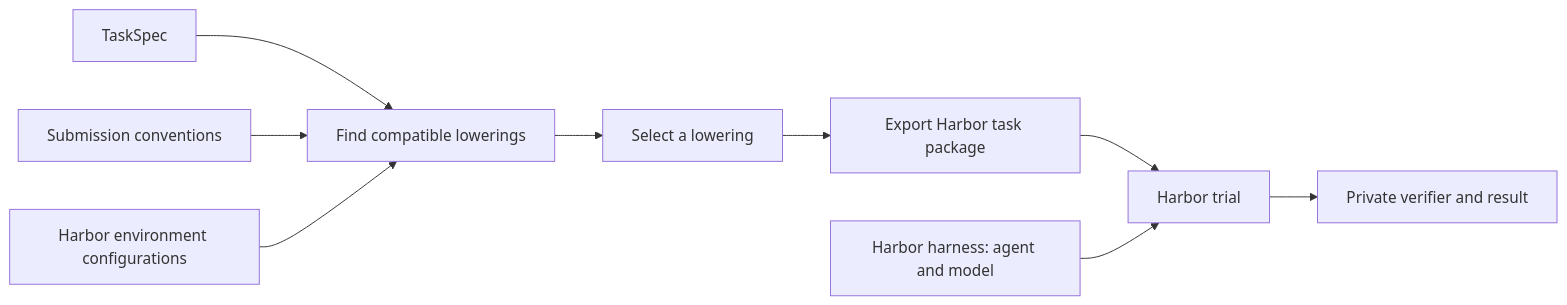
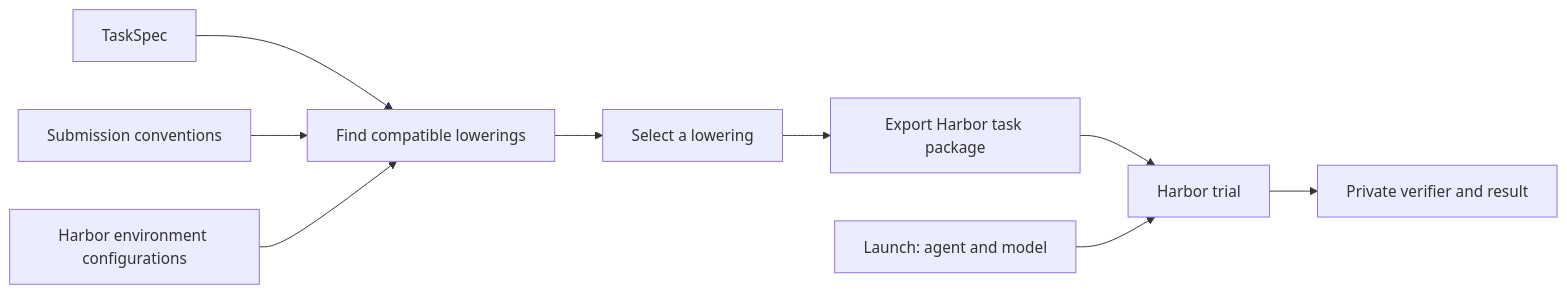
One commit to marin-community/marin changed the diagram in lib/taskcompendium/README.md. Above: the diagram before and after it, drawn with Mermaid. The commit also changed other lines of this file and 21 other files, not shown here.

````diff
--- a/lib/taskcompendium/README.md
+++ b/lib/taskcompendium/README.md
@@ -17,11 +17,11 @@
 ```mermaid
 flowchart LR
     S[TaskSpec] --> C[Find compatible lowerings]
     V[Submission conventions] --> C
     E[Harbor environment configurations] --> C
     C --> P[Select a lowering]
     P --> H[Export Harbor task package]
     H --> T[Harbor trial]
-    L[Harbor harness: agent and model] --> T
+    L[Launch: agent and model] --> T
     T --> G[Private verifier and result]
 ```
````
